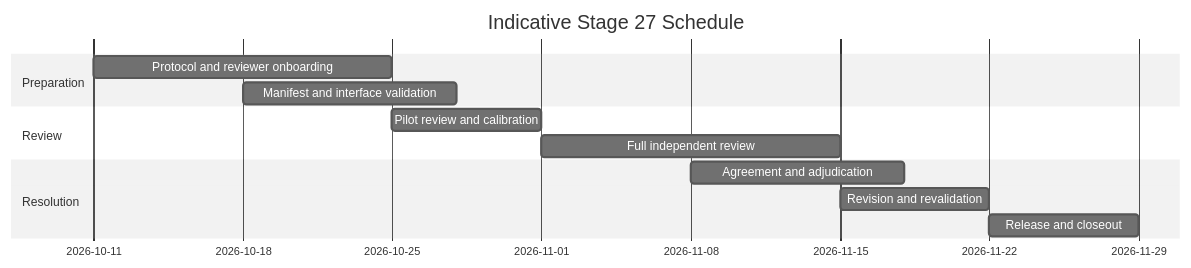
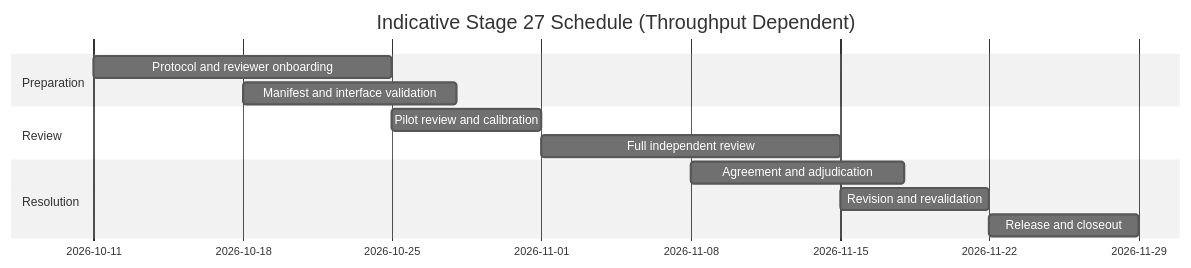
The third of 3 diagrams in docs/stage27_implementation_plan.md (LasinduDeshan/Language_Simplification_MVP), drawn with Mermaid (neutral theme) before and after one commit. The commit also changed other lines of this file, not shown here.

Commit message:
docs(stage27): decouple 326 accounting, protect historical benchmark, refine handover, and add throughput formula

````diff
--- a/docs/stage27_implementation_plan.md
+++ b/docs/stage27_implementation_plan.md
@@ -402,15 +416,15 @@
 ```mermaid
 gantt
-    title Indicative Stage 27 Schedule
+    title Indicative Stage 27 Schedule (Throughput Dependent)
     dateFormat  YYYY-MM-DD
     section Preparation
     Protocol and reviewer onboarding    :2026-10-11, 14d
     Manifest and interface validation   :2026-10-18, 10d
     section Review
     Pilot review and calibration        :2026-10-25, 7d
     Full independent review             :2026-11-01, 14d
     section Resolution
     Agreement and adjudication          :2026-11-08, 10d
     Revision and revalidation           :2026-11-15, 7d
     Release and closeout                :2026-11-22, 7d
 ```
````
